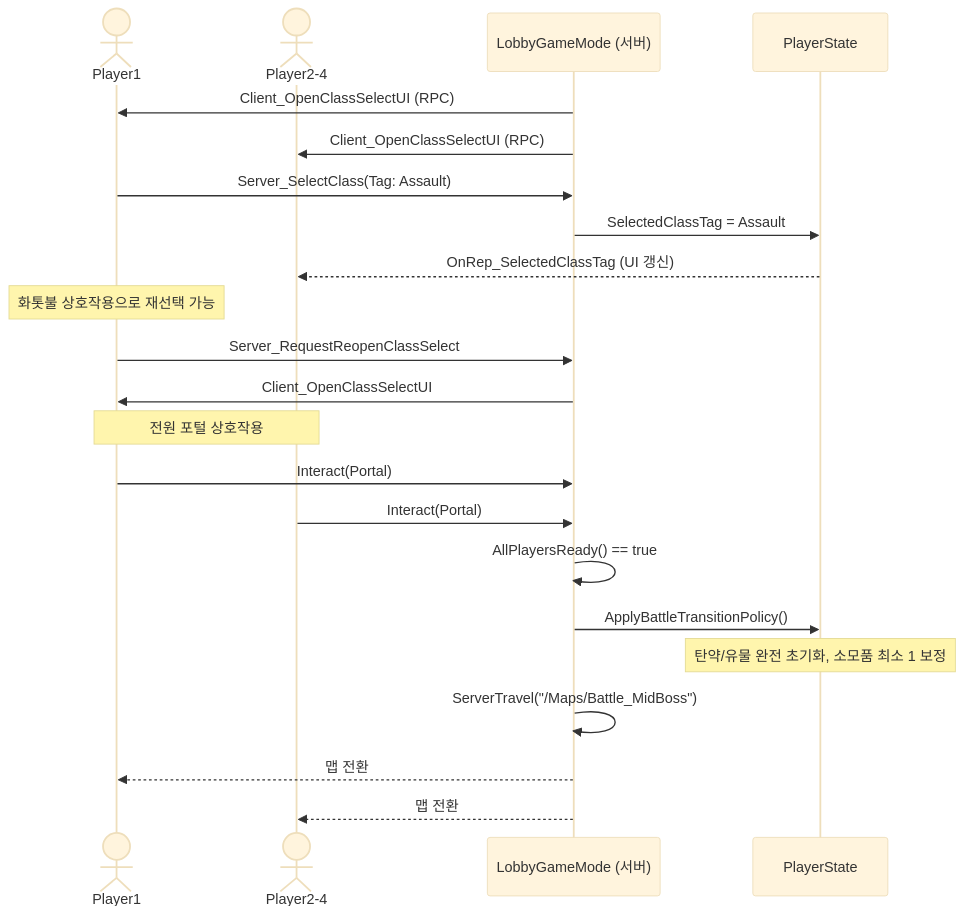
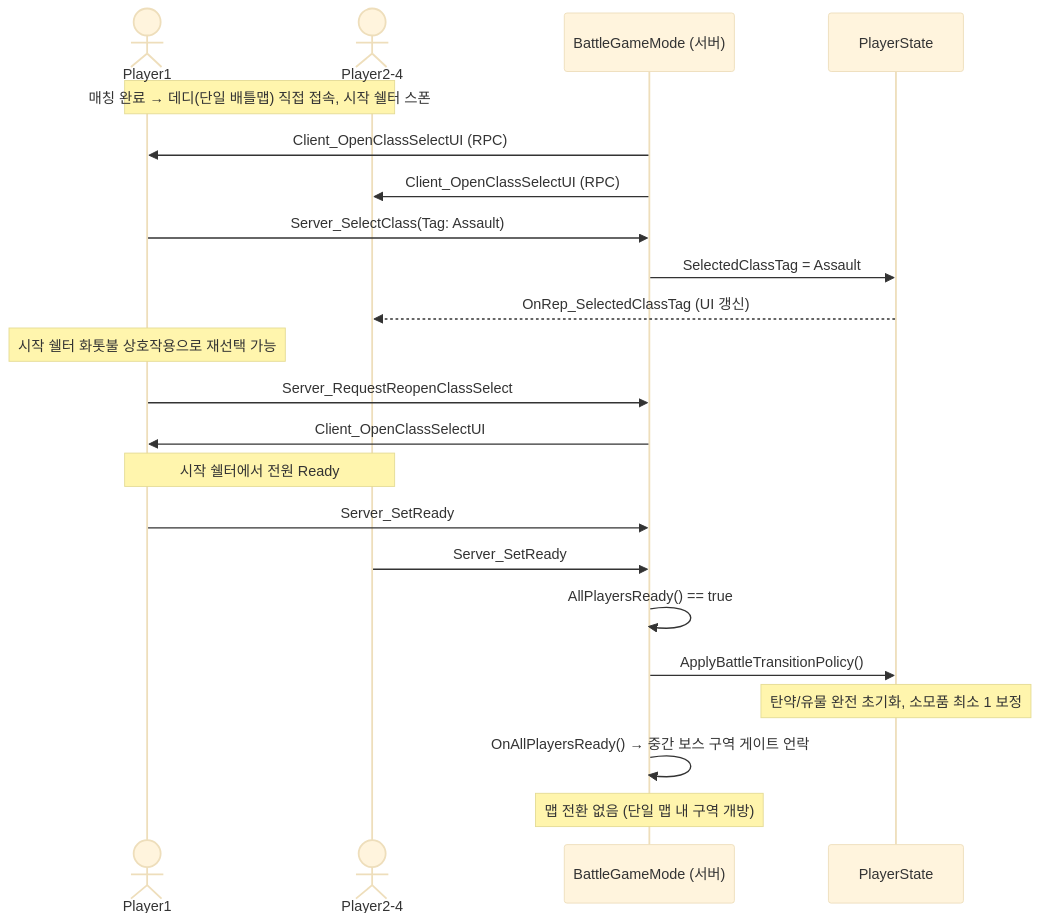
One commit to seongwon1579/ProjectBlackout changed the eighth of 13 diagrams in Docs/Project_Blackout_시퀀스다이어그램.md. Above: the diagram before and after it, drawn with Mermaid (base theme). The commit also changed other lines of this file and 2 other files, not shown here.

First line of the commit message:
Docs: 게임 플로우 단일맵 수렴 — 로비/ServerTravel 제거

````diff
--- a/Docs/Project_Blackout_시퀀스다이어그램.md
+++ b/Docs/Project_Blackout_시퀀스다이어그램.md
@@ -240,31 +240,32 @@
 ```mermaid
 sequenceDiagram
     actor P1 as Player1
     actor Others as Player2-4
-    participant Server as LobbyGameMode (서버)
+    participant Server as BattleGameMode (서버)
     participant PS as PlayerState
+
+    Note over P1,Others: 매칭 완료 → 데디(단일 배틀맵) 직접 접속, 시작 쉘터 스폰
 
     Server->>P1: Client_OpenClassSelectUI (RPC)
     Server->>Others: Client_OpenClassSelectUI (RPC)
 
     P1->>Server: Server_SelectClass(Tag: Assault)
     Server->>PS: SelectedClassTag = Assault
     PS-->>Others: OnRep_SelectedClassTag (UI 갱신)
 
-    Note over P1: 화톳불 상호작용으로 재선택 가능
+    Note over P1: 시작 쉘터 화톳불 상호작용으로 재선택 가능
     P1->>Server: Server_RequestReopenClassSelect
     Server->>P1: Client_OpenClassSelectUI
 
-    Note over P1,Others: 전원 포털 상호작용
+    Note over P1,Others: 시작 쉘터에서 전원 Ready
 
-    P1->>Server: Interact(Portal)
-    Others->>Server: Interact(Portal)
+    P1->>Server: Server_SetReady
+    Others->>Server: Server_SetReady
     Server->>Server: AllPlayersReady() == true
 
     Server->>PS: ApplyBattleTransitionPolicy()
     Note over PS: 탄약/유물 완전 초기화, 소모품 최소 1 보정
 
-    Server->>Server: ServerTravel("/Maps/Battle_MidBoss")
-    Server-->>P1: 맵 전환
-    Server-->>Others: 맵 전환
+    Server->>Server: OnAllPlayersReady() → 중간 보스 구역 게이트 언락
+    Note over Server: 맵 전환 없음 (단일 맵 내 구역 개방)
 ```
````
